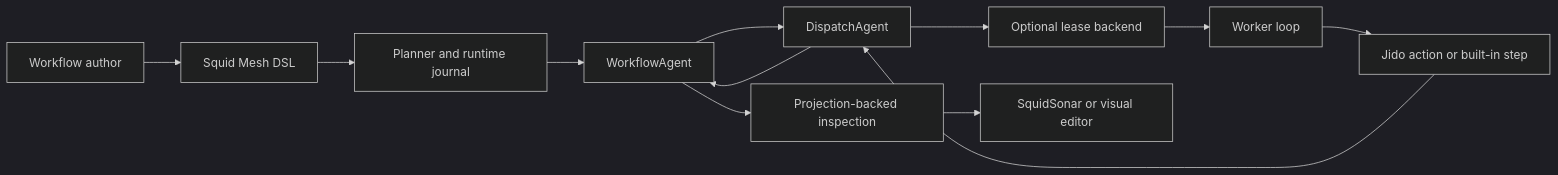
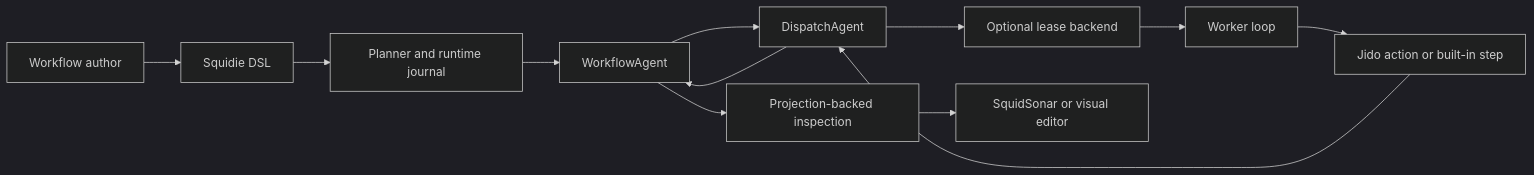
Before and after one commit to agentjido/jizoku: the second of 12 diagrams in docs/jido_runtime_architecture.md, drawn with Mermaid (dark theme). The commit also changed other lines of this file and 383 other files, not shown here.

First line of the commit message:
chore: rebrand squid mesh to squidie

````diff
--- a/docs/jido_runtime_architecture.md
+++ b/docs/jido_runtime_architecture.md
@@ -93,14 +93,14 @@
 ```mermaid
 flowchart LR
-    Author[Workflow author] --> DSL[Squid Mesh DSL]
+    Author[Workflow author] --> DSL[Squidie DSL]
     DSL --> Plan[Planner and runtime journal]
     Plan --> RunAgent[WorkflowAgent]
     RunAgent --> DispatchAgent[DispatchAgent]
     DispatchAgent --> Backend[Optional lease backend]
     Backend --> Worker[Worker loop]
     Worker --> Action[Jido action or built-in step]
     Action --> DispatchAgent
     DispatchAgent --> RunAgent
     RunAgent --> Inspect[Projection-backed inspection]
     Inspect --> Editor[SquidSonar or visual editor]
 ```
````
